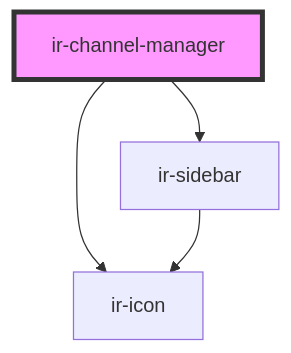
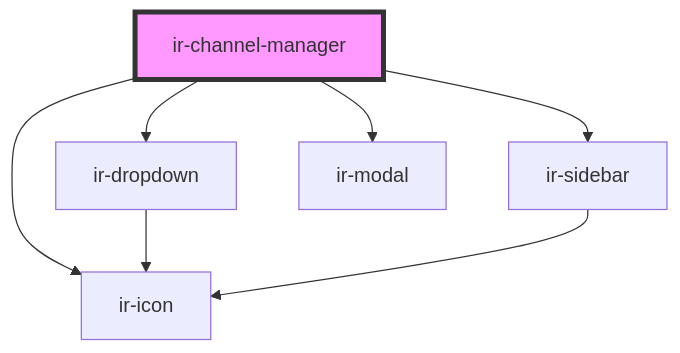
Before and after one commit to freddynasr/ir-webcmp: the diagram in src/components/ir-channel-manager/readme.md, drawn with Mermaid. The commit also changed other lines of this file and 6 other files, not shown here.

Commit message:
adding ir-channel-manager

````diff
--- a/src/components/ir-channel-manager/readme.md
+++ b/src/components/ir-channel-manager/readme.md
@@ -16,7 +18,10 @@
 ```mermaid
 graph TD;
   ir-channel-manager --> ir-icon
+  ir-channel-manager --> ir-dropdown
   ir-channel-manager --> ir-sidebar
+  ir-channel-manager --> ir-modal
+  ir-dropdown --> ir-icon
   ir-sidebar --> ir-icon
   style ir-channel-manager fill:#f9f,stroke:#333,stroke-width:4px
 ```
````
